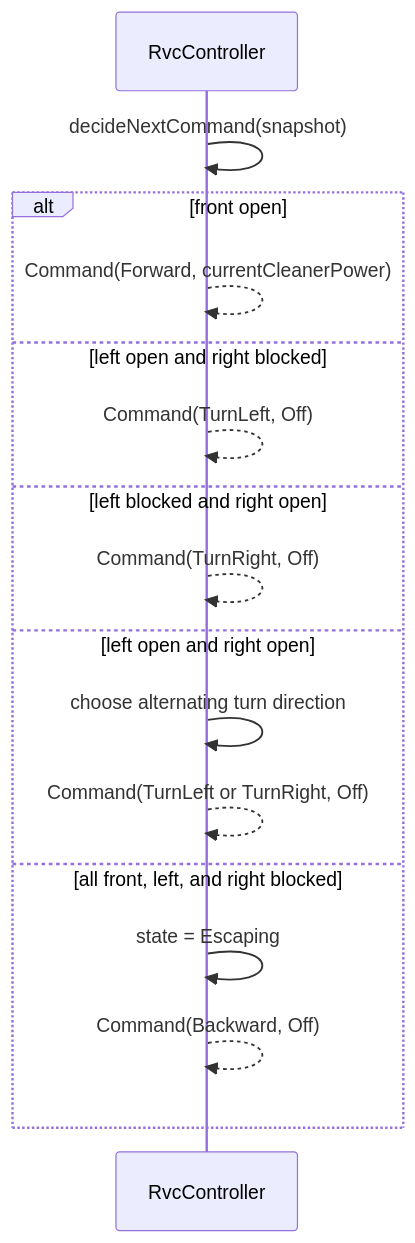
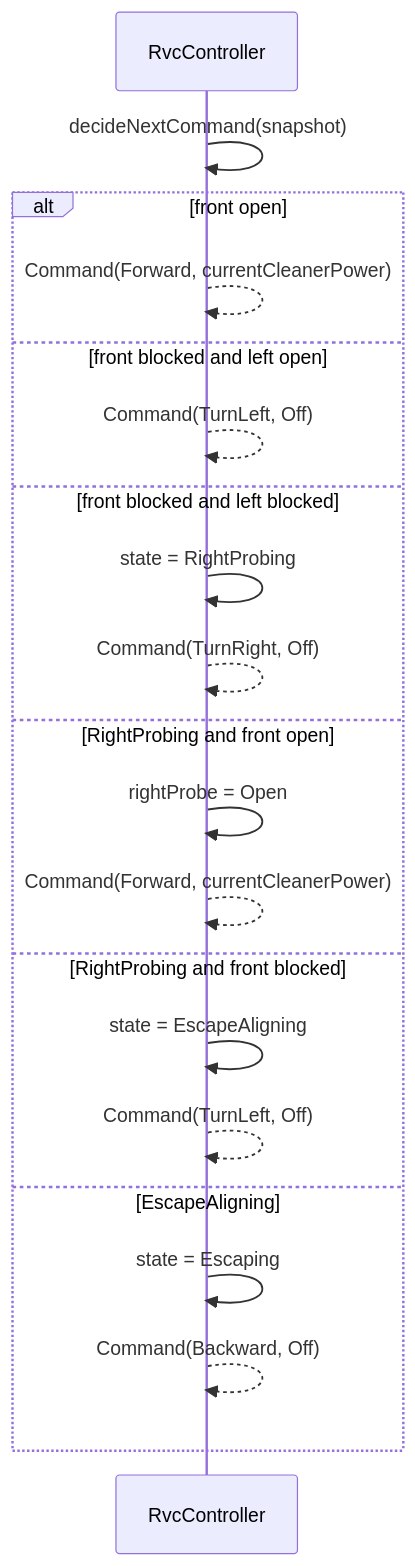
Before and after one commit to reload02/ooad-vibe: the sixth of 9 diagrams in docs/sdd.md, drawn with Mermaid. The commit also changed other lines of this file and 21 other files, not shown here.

First line of the commit message:
Refactor RvcController to implement right probing behavior and update related components

````diff
--- a/docs/sdd.md
+++ b/docs/sdd.md
@@ -455,19 +460,23 @@
 ```mermaid
 sequenceDiagram
     participant Controller as RvcController
 
     Controller->>Controller: decideNextCommand(snapshot)
     alt front open
         Controller-->>Controller: Command(Forward, currentCleanerPower)
-    else left open and right blocked
+    else front blocked and left open
         Controller-->>Controller: Command(TurnLeft, Off)
-    else left blocked and right open
+    else front blocked and left blocked
+        Controller->>Controller: state = RightProbing
         Controller-->>Controller: Command(TurnRight, Off)
-    else left open and right open
-        Controller->>Controller: choose alternating turn direction
-        Controller-->>Controller: Command(TurnLeft or TurnRight, Off)
-    else all front, left, and right blocked
+    else RightProbing and front open
+        Controller->>Controller: rightProbe = Open
+        Controller-->>Controller: Command(Forward, currentCleanerPower)
+    else RightProbing and front blocked
+        Controller->>Controller: state = EscapeAligning
+        Controller-->>Controller: Command(TurnLeft, Off)
+    else EscapeAligning
         Controller->>Controller: state = Escaping
         Controller-->>Controller: Command(Backward, Off)
     end
 ```
````
